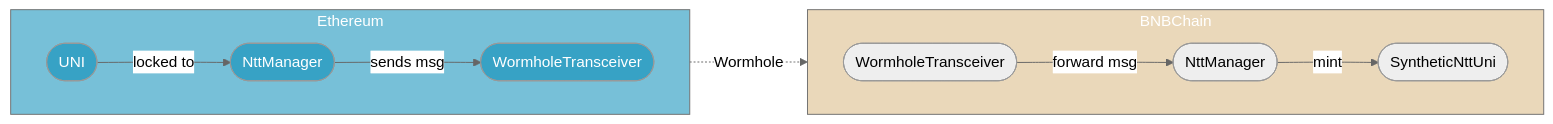
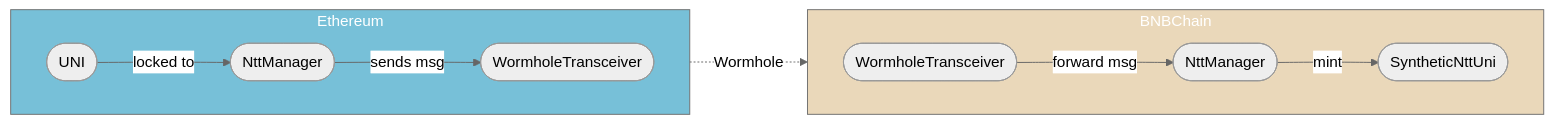
One commit to Uniswap/protocol-fees changed the second of 4 diagrams in script/proposal-4/Index.md. Above: the diagram before and after it, drawn with Mermaid (neutral theme).

````diff
--- a/script/proposal-4/Index.md
+++ b/script/proposal-4/Index.md
@@ -83,26 +83,26 @@
 ```mermaid
 flowchart LR
-    ETH_WT([WormholeTransceiver]):::eth
-    ETH_NTT([NttManager]):::eth
-    ETH_UNI([UNI]):::eth
+    ETH_WT([WormholeTransceiver])
+    ETH_NTT([NttManager])
+    ETH_UNI([UNI])
     BNB_WT([WormholeTransceiver])
     BNB_NTT([NttManager])
     BNB_UNI([SyntheticNttUni])
 
     subgraph Ethereum
         direction LR
         ETH_UNI -->|locked to| ETH_NTT
         ETH_NTT -->|sends msg| ETH_WT
     end
 
     Ethereum:::eth -.->|Wormhole| BNBChain:::bnb
 
     subgraph BNBChain
         direction LR
         BNB_WT -->|forward msg| BNB_NTT
         BNB_NTT -->|mint| BNB_UNI
     end
 
     classDef bnb fill:#d7b67e88,color:#fff
     classDef eth fill:#008ab688,color:#fff
 ```
````
